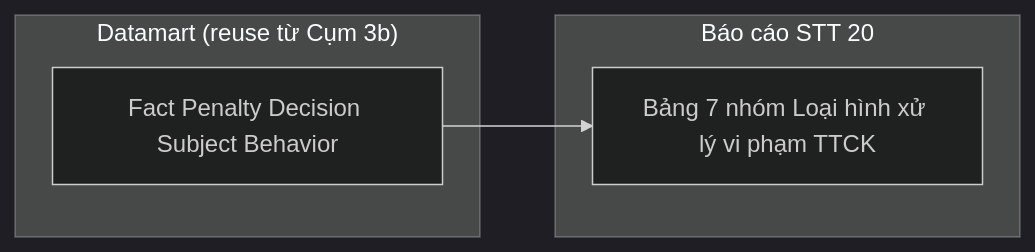
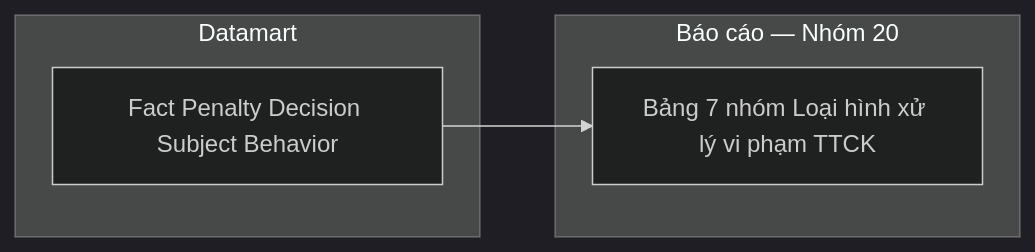
Before and after one commit to linhlvit/ubck_atomic_design: diagram 12 of 50 in Datamart/hld/DTM_TT_HLD.md, drawn with Mermaid (dark theme). The commit also changed other lines of this file and 26 other files, not shown here.

````diff
--- a/Datamart/hld/DTM_TT_HLD.md
+++ b/Datamart/hld/DTM_TT_HLD.md
@@ -395,10 +401,10 @@
 ```mermaid
 flowchart LR
-    subgraph Datamart["Datamart (reuse từ Cụm 3b)"]
+    subgraph Datamart["Datamart"]
         G1["Fact Penalty Decision Subject Behavior"]
     end
-    subgraph RPT["Báo cáo STT 20"]
+    subgraph RPT["Báo cáo — Nhóm 20"]
         R1["Bảng 7 nhóm Loại hình xử lý vi phạm TTCK"]
     end
     G1 --> R1
 ```
````
